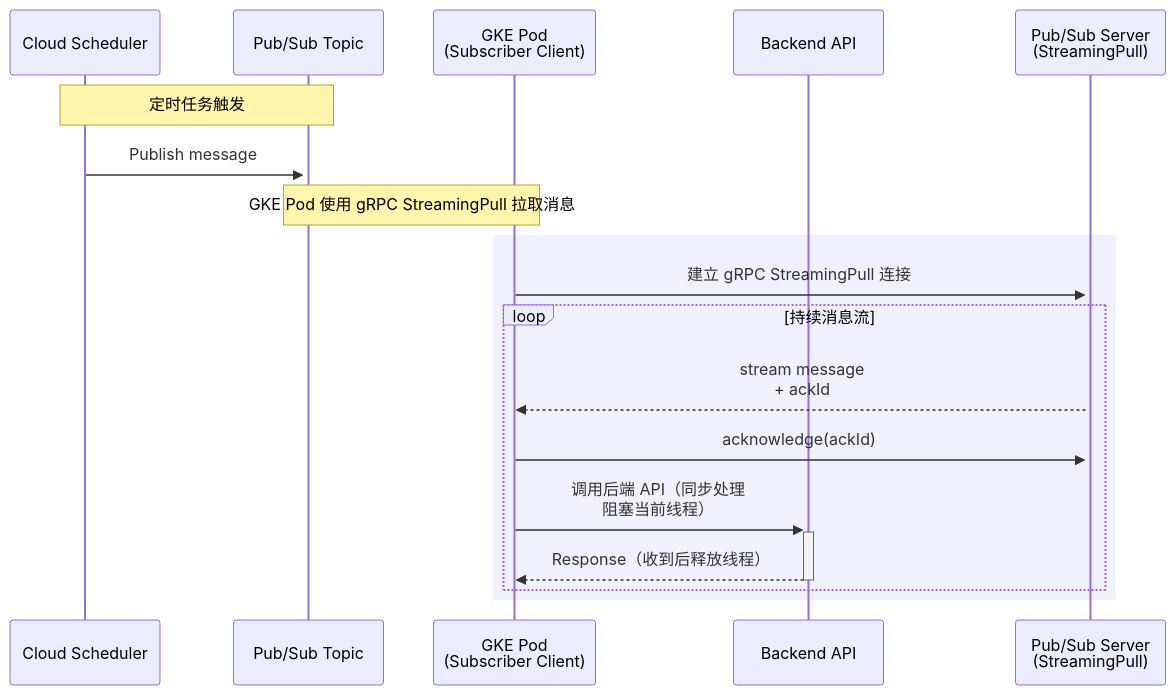
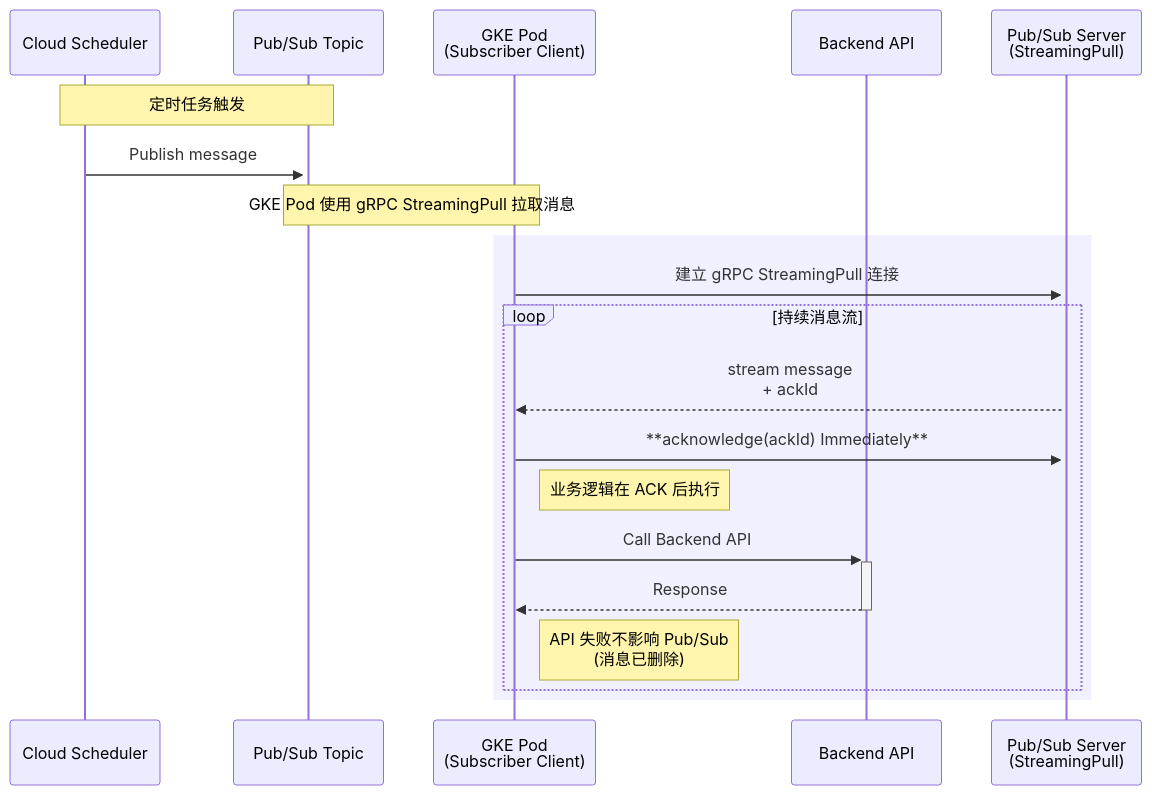
The second of 12 diagrams in gcp/pub-sub/flow-and-concept.md (aibangjuxin/knowledge), drawn with Mermaid before and after one commit. The commit also changed other lines of this file and 3 other files, not shown here.

Commit message:
This is for my macOS git push or pull at Fri Jul  4 12:30:16 CST 2025. Last changed file: gcp/pub-sub/pub-sub-monitor-parameter.md

````diff
--- a/gcp/pub-sub/flow-and-concept.md
+++ b/gcp/pub-sub/flow-and-concept.md
@@ -70,27 +37,29 @@
 ```mermaid
 sequenceDiagram
     %% 上层业务流程
     participant CS as Cloud Scheduler
     participant PS as Pub/Sub Topic
     participant SS as GKE Pod<br/>(Scheduler Service)
     participant API as Backend API
 
     Note over CS,PS: 定时任务触发
     CS->>+PS: Publish message
 
     Note over SS,PS: GKE Pod 使用 gRPC StreamingPull 拉取消息
 
     %% 内部 StreamingPull 流程作为子图展开
     rect rgb(240, 240, 255)
         participant SS as GKE Pod<br/>(Subscriber Client)
         participant GRPC as Pub/Sub Server<br/>(StreamingPull)
 
         SS->>+GRPC: 建立 gRPC StreamingPull 连接
         loop 持续消息流
             GRPC-->>SS: stream message<br/>+ ackId
-            SS->>GRPC: acknowledge(ackId)
-            SS->>+API: 调用后端 API（同步处理<br/>阻塞当前线程）
-            API-->>-SS: Response（收到后释放线程）
+            SS->>GRPC: **acknowledge(ackId) Immediately**
+            Note right of SS: 业务逻辑在 ACK 后执行
+            SS->>+API: Call Backend API
+            API-->>-SS: Response
+            Note right of SS: API 失败不影响 Pub/Sub <br/> (消息已删除)
         end
     end
 ```
````
